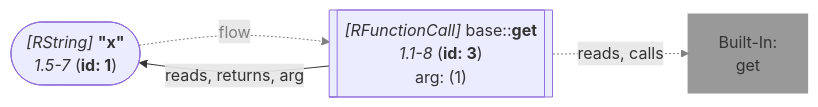
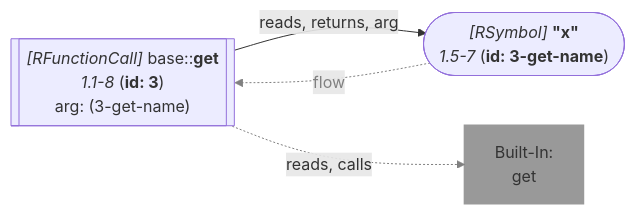
Diagram 11 of 60 in wiki/Dataflow Graph.md (flowr-analysis/flowr), drawn with Mermaid before and after one commit. The commit also changed other lines of this file and 89 other files, not shown here.

````diff
--- a/wiki/Dataflow Graph.md
+++ b/wiki/Dataflow Graph.md
@@ -816,16 +819,16 @@
 ```mermaid
 flowchart LR
-    1(["`*#91;RString#93;* **#34;x#34;**
-      *1.5-7* (**id: 1**)`"])
+    3-get-name(["`*#91;RSymbol#93;* **#34;x#34;**
+      *1.5-7* (**id: 3-get-name**)`"])
     3[["`*#91;RFunctionCall#93;* base#58;#58;**get**
       *1.1-8* (**id: 3**)
-    arg: (1)`"]]
+    arg: (3#45;get#45;name)`"]]
     built-in:get["`Built-In:
 get`"]
     style built-in:get stroke:gray,fill:gray,stroke-width:2px,opacity:.8;
-    1 -.->|"flow"| 3
+    3-get-name -.->|"flow"| 3
     linkStyle 0 stroke:gray,color:gray;
-    3 -->|"reads, returns, arg"| 1
+    3 -->|"reads, returns, arg"| 3-get-name
     3 -.->|"reads, calls"| built-in:get
     linkStyle 2 stroke:gray;
 ```
````
